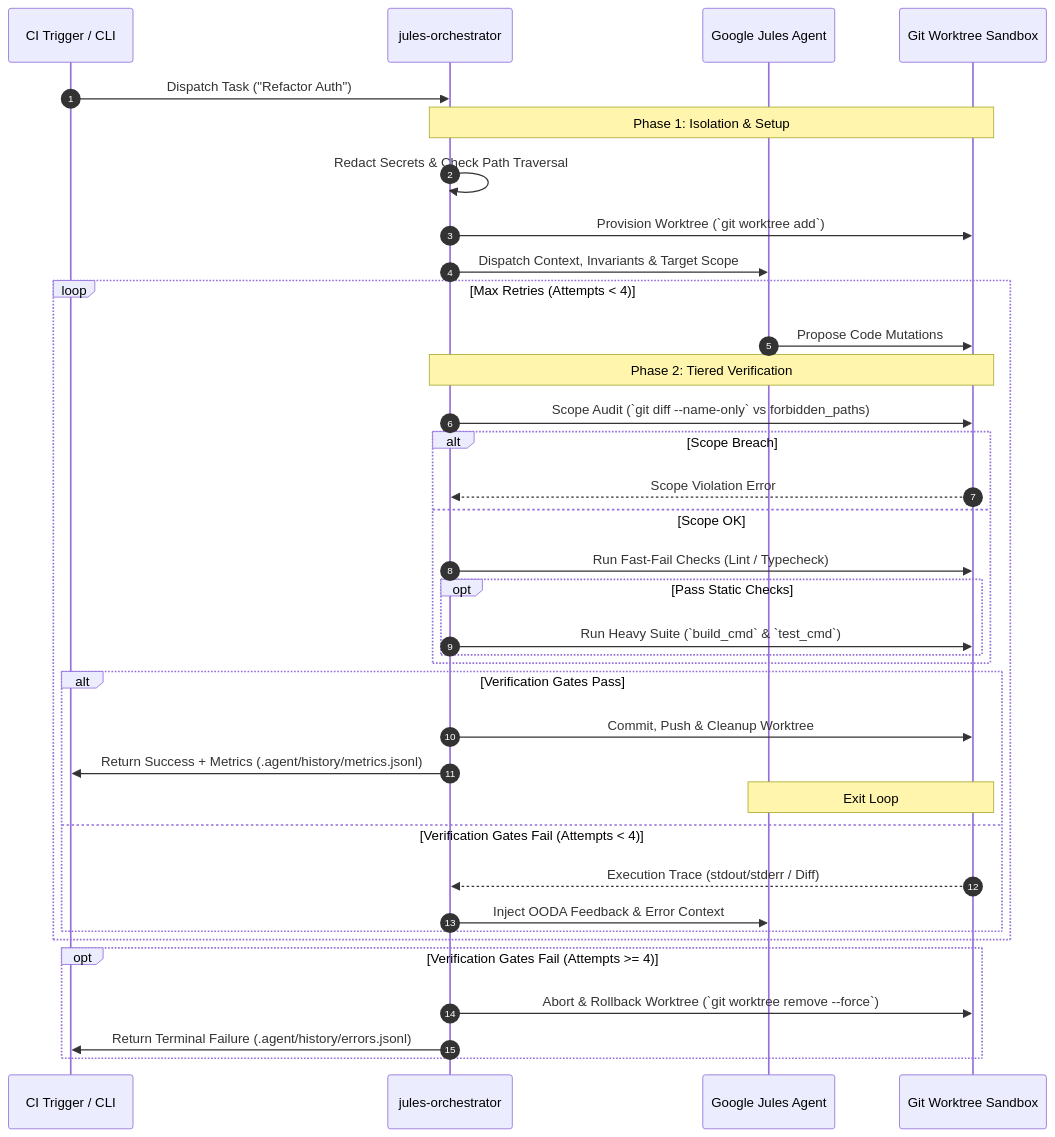
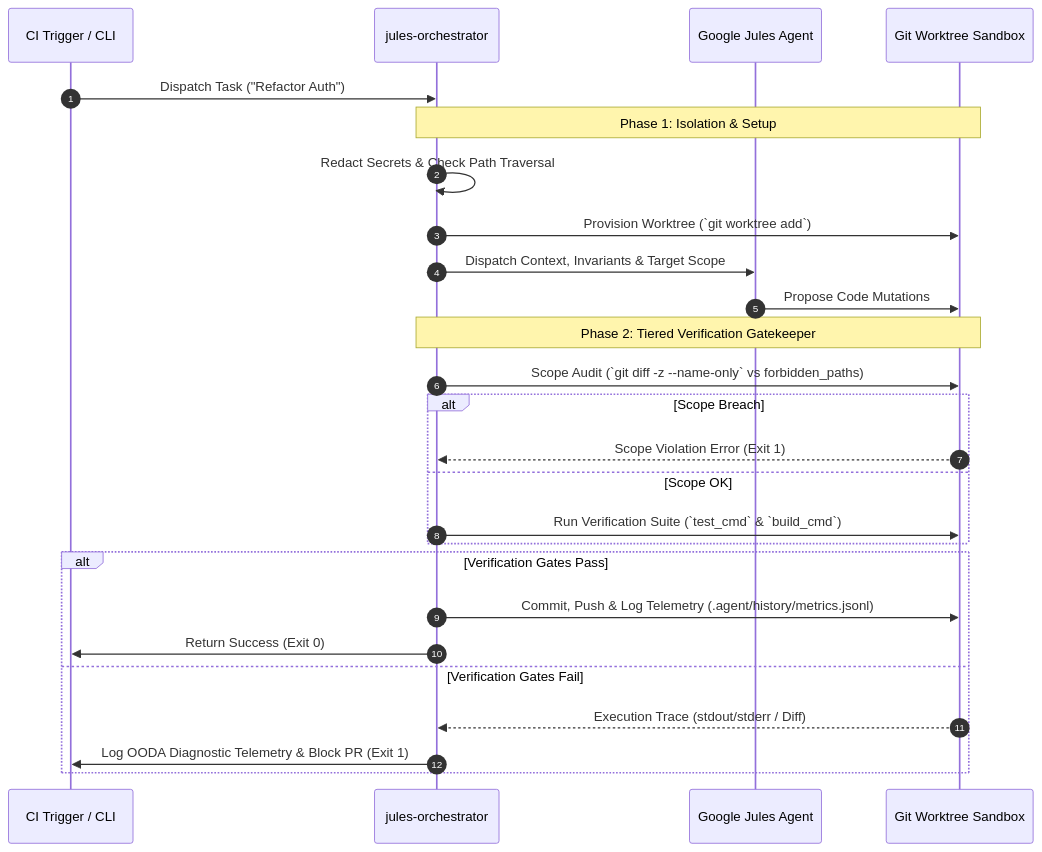
The diagram in README.md (FullThrottle83/jules-orchestrator-kit), drawn with Mermaid before and after one commit. The commit also changed other lines of this file and 8 other files, not shown here.

Commit message:
fix(security,ci): remediate 3rd audit findings, exclude history from npm, and bump to v0.3.0

````diff
--- a/README.md
+++ b/README.md
@@ -63,44 +62,33 @@
 ```mermaid
 sequenceDiagram
     autonumber
     participant CLI as CI Trigger / CLI
     participant Orc as jules-orchestrator
     participant Jules as Google Jules Agent
     participant Git as Git Worktree Sandbox
 
     CLI->>Orc: Dispatch Task ("Refactor Auth")
     
     note over Orc,Git: Phase 1: Isolation & Setup
     Orc->>Orc: Redact Secrets & Check Path Traversal
     Orc->>Git: Provision Worktree (`git worktree add`)
     Orc->>Jules: Dispatch Context, Invariants & Target Scope
 
-    loop Max Retries (Attempts < 4)
-        Jules->>Git: Propose Code Mutations
-        
-        note over Orc,Git: Phase 2: Tiered Verification
-        Orc->>Git: Scope Audit (`git diff --name-only` vs forbidden_paths)
-        alt Scope Breach
-            Git-->>Orc: Scope Violation Error
-        else Scope OK
-            Orc->>Git: Run Fast-Fail Checks (Lint / Typecheck)
-            opt Pass Static Checks
-                Orc->>Git: Run Heavy Suite (`build_cmd` & `test_cmd`)
-            end
-        end
-
-        alt Verification Gates Pass
-            Orc->>Git: Commit, Push & Cleanup Worktree
-            Orc->>CLI: Return Success + Metrics (.agent/history/metrics.jsonl)
-            note over Jules,Git: Exit Loop
-        else Verification Gates Fail (Attempts < 4)
-            Git-->>Orc: Execution Trace (stdout/stderr / Diff)
-            Orc->>Jules: Inject OODA Feedback & Error Context
-        end
+    Jules->>Git: Propose Code Mutations
+    
+    note over Orc,Git: Phase 2: Tiered Verification Gatekeeper
+    Orc->>Git: Scope Audit (`git diff -z --name-only` vs forbidden_paths)
+    alt Scope Breach
+        Git-->>Orc: Scope Violation Error (Exit 1)
+    else Scope OK
+        Orc->>Git: Run Verification Suite (`test_cmd` & `build_cmd`)
     end
 
-    opt Verification Gates Fail (Attempts >= 4)
-        Orc->>Git: Abort & Rollback Worktree (`git worktree remove --force`)
-        Orc->>CLI: Return Terminal Failure (.agent/history/errors.jsonl)
+    alt Verification Gates Pass
+        Orc->>Git: Commit, Push & Log Telemetry (.agent/history/metrics.jsonl)
+        Orc->>CLI: Return Success (Exit 0)
+    else Verification Gates Fail
+        Git-->>Orc: Execution Trace (stdout/stderr / Diff)
+        Orc->>CLI: Log OODA Diagnostic Telemetry & Block PR (Exit 1)
     end
 ```
````
